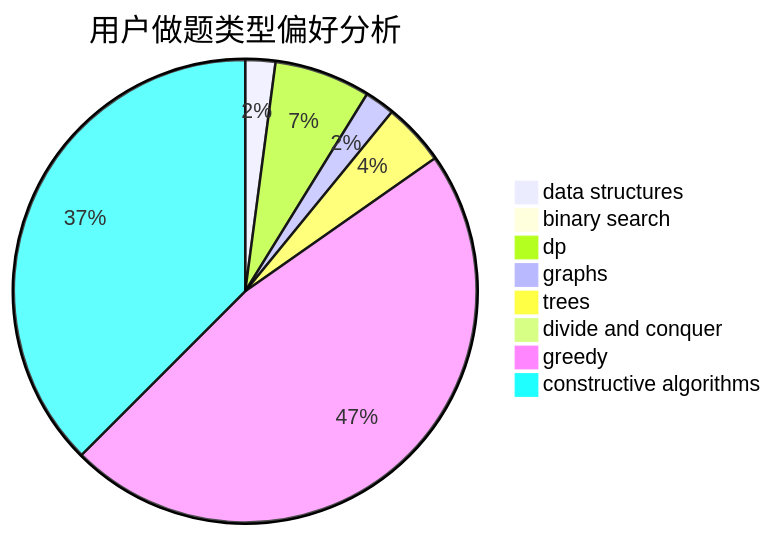
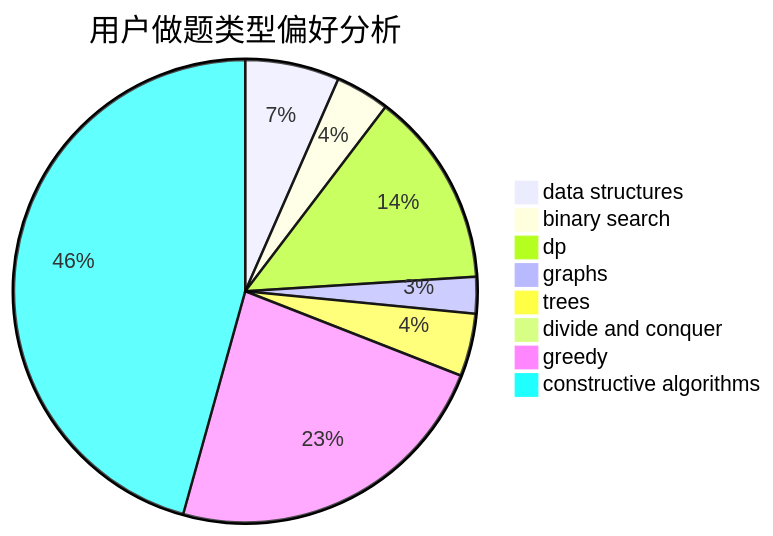
Before and after one commit to sherpahu/cfrs.github.io: the second of 3 diagrams in docs/user/u1309.md, drawn with Mermaid. The commit also changed other lines of this file and 2770 other files, not shown here.

````diff
--- a/docs/user/u1309.md
+++ b/docs/user/u1309.md
@@ -23,11 +23,11 @@
 ```mermaid
 pie title 用户做题类型偏好分析
-    "data structures" :  25
-    "binary search" :  11
-    "dp" :  80
-    "graphs" :  25
-    "trees" :  52
+    "data structures" :  54
+    "binary search" :  31
+    "dp" :  112
+    "graphs" :  21
+    "trees" :  36
     "divide and conquer" :  0
-    "greedy" :  563
-    "constructive algorithms" :  447
+    "greedy" :  192
+    "constructive algorithms" :  375
 ```
````
